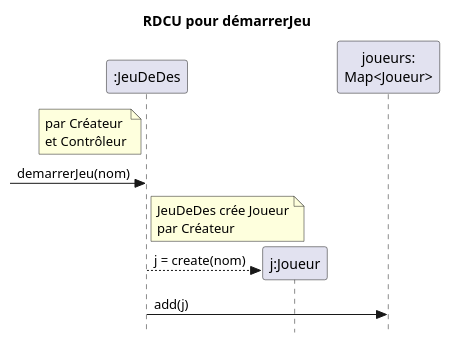
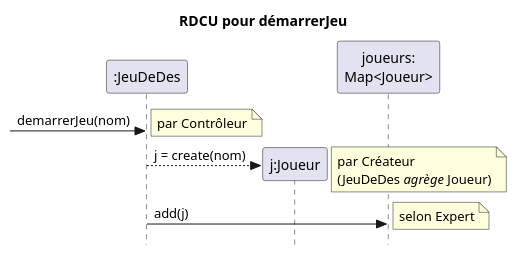
One commit to profcfuhrmanets/log210-jeu-de-des-node-express-ts changed the diagram in docs/rdcu-demarrerJeu.puml. Above: the diagram before and after it, drawn with PlantUML. The commit also changed 4 other files, not shown here.

Commit message:
Refactored diagrams

```diff
--- a/docs/rdcu-demarrerJeu.puml
+++ b/docs/rdcu-demarrerJeu.puml
@@ -1,13 +1,14 @@
 @startuml
 skinparam style strictuml
 title RDCU pour démarrerJeu
 participant ":JeuDeDes" as c
-note left of c : par Créateur\net Contrôleur 
 ->c : demarrerJeu(nom)
-note right of c : JeuDeDes crée Joueur\npar Créateur
+note right : par Contrôleur
 participant "j:Joueur" as j
 create j
 participant "joueurs:\nMap<Joueur>" as jm
 c-->j : j = create(nom)
+note right : par Créateur\n(JeuDeDes //agrège// Joueur)
 c -> jm : add(j)
+note right : selon Expert
 @enduml
```
